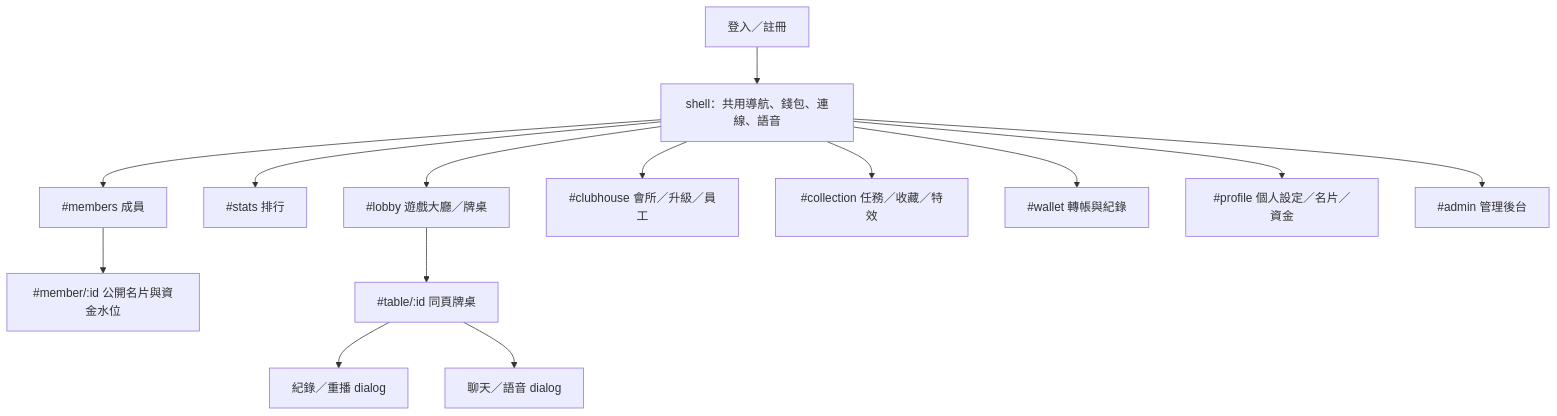
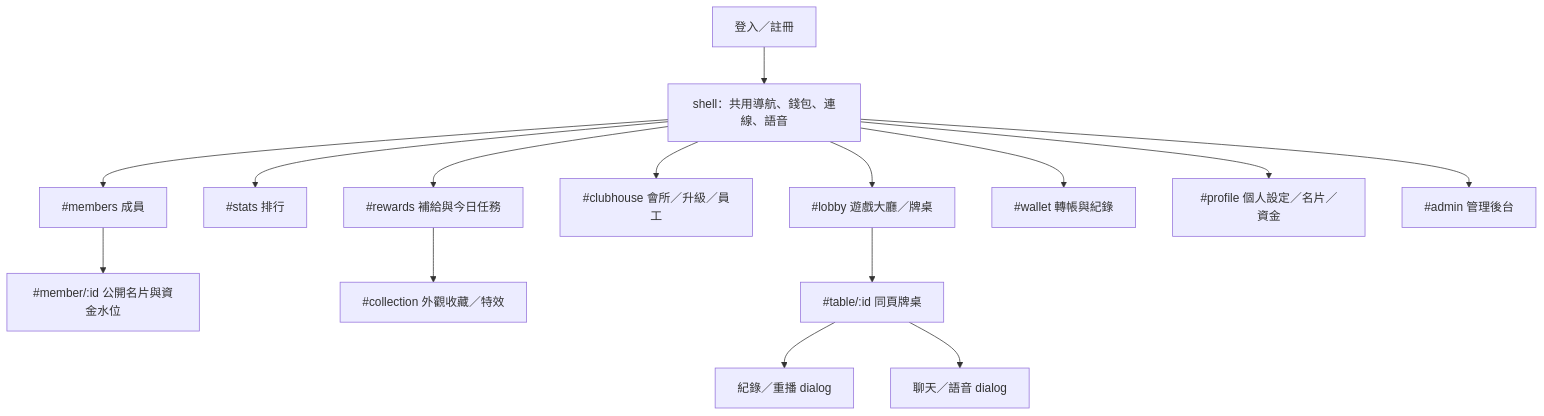
Before and after one commit to leochao1212/nantuan-poker-club: the diagram in docs/FRONTEND-MAP.md, drawn with Mermaid. The commit also changed other lines of this file and 19 other files, not shown here.

```diff
--- a/docs/FRONTEND-MAP.md
+++ b/docs/FRONTEND-MAP.md
@@ -5,16 +5,17 @@
 ~~~mermaid
 flowchart TD
   A["登入／註冊"] --> S["shell：共用導航、錢包、連線、語音"]
   S --> L["#lobby 遊戲大廳／牌桌"]
   S --> T["#stats 排行"]
   S --> M["#members 成員"]
   M --> MP["#member/:id 公開名片與資金水位"]
   S --> C["#clubhouse 會所／升級／員工"]
-  S --> R["#collection 任務／收藏／特效"]
+  S --> RW["#rewards 補給與今日任務"]
+  RW --> R["#collection 外觀收藏／特效"]
   S --> W["#wallet 轉帳與紀錄"]
   S --> P["#profile 個人設定／名片／資金"]
   S --> AD["#admin 管理後台"]
   L --> G["#table/:id 同頁牌桌"]
   G --> H["紀錄／重播 dialog"]
   G --> V["聊天／語音 dialog"]
 ~~~
```
